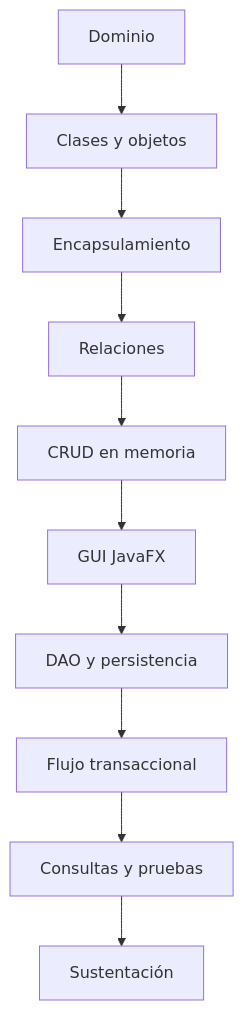
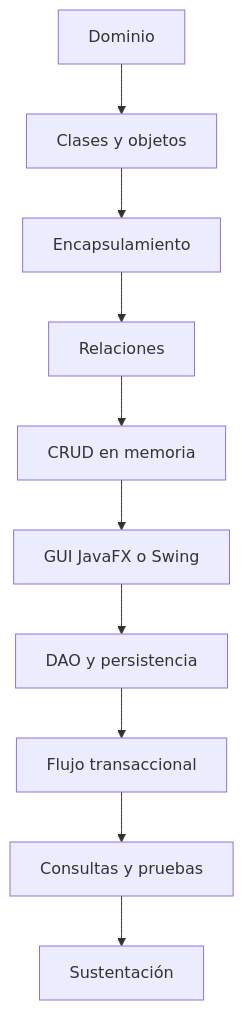
The diagram in docs/proyecto-sello/index.md (262poo/comarket), drawn with Mermaid before and after one commit. The commit also changed other lines of this file and 2 other files, not shown here.

````diff
--- a/docs/proyecto-sello/index.md
+++ b/docs/proyecto-sello/index.md
@@ -56,12 +56,12 @@
 ```mermaid
 flowchart TB
     A[Dominio] --> B[Clases y objetos]
     B --> C[Encapsulamiento]
     C --> D[Relaciones]
     D --> E[CRUD en memoria]
-    E --> F[GUI JavaFX]
+    E --> F[GUI JavaFX o Swing]
     F --> G[DAO y persistencia]
     G --> H[Flujo transaccional]
     H --> I[Consultas y pruebas]
     I --> J[Sustentación]
 ```
````
